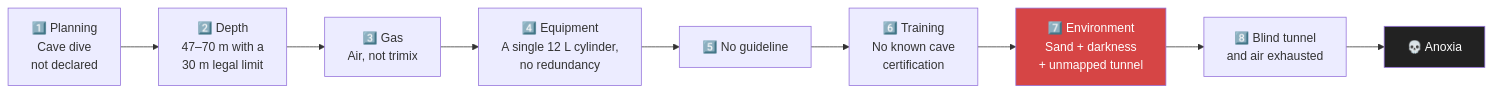
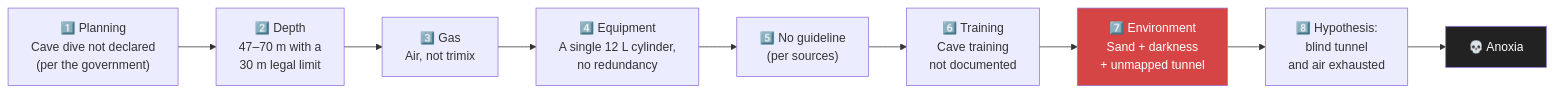
Before and after one commit to Oskillar28/cueva-vaavu-maldivas: the second of 2 diagrams in README.en.md, drawn with Mermaid. The commit also changed other lines of this file and 10 other files, not shown here.

````diff
--- a/README.en.md
+++ b/README.en.md
@@ -386,13 +394,13 @@
 ```mermaid
 flowchart LR
-    A["1️⃣ Planning<br/>Cave dive<br/>not declared"] --> B["2️⃣ Depth<br/>47–70 m with a<br/>30 m legal limit"]
+    A["1️⃣ Planning<br/>Cave dive not declared<br/>(per the government)"] --> B["2️⃣ Depth<br/>47–70 m with a<br/>30 m legal limit"]
     B --> C["3️⃣ Gas<br/>Air, not trimix"]
     C --> D["4️⃣ Equipment<br/>A single 12 L cylinder,<br/>no redundancy"]
-    D --> E["5️⃣ No guideline"]
-    E --> F["6️⃣ Training<br/>No known cave<br/>certification"]
+    D --> E["5️⃣ No guideline<br/>(per sources)"]
+    E --> F["6️⃣ Training<br/>Cave training<br/>not documented"]
     F --> G["7️⃣ Environment<br/>Sand + darkness<br/>+ unmapped tunnel"]
-    G --> H["8️⃣ Blind tunnel<br/>and air exhausted"]
+    G --> H["8️⃣ Hypothesis:<br/>blind tunnel<br/>and air exhausted"]
     H --> I["💀 Anoxia"]
     style G fill:#d64545,color:#fff
     style I fill:#222,color:#fff
 ```
````
